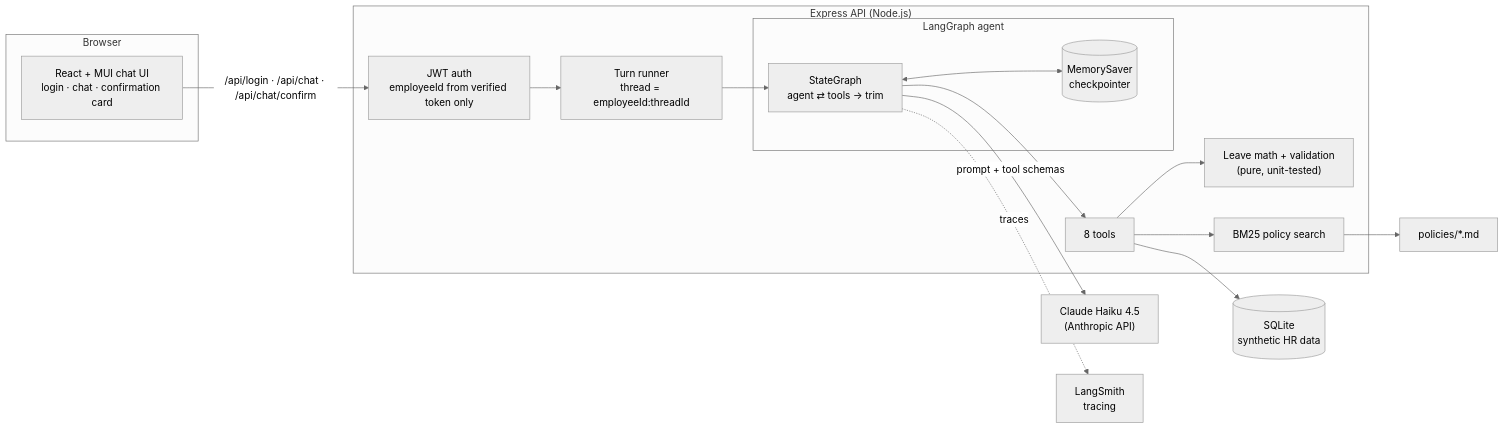
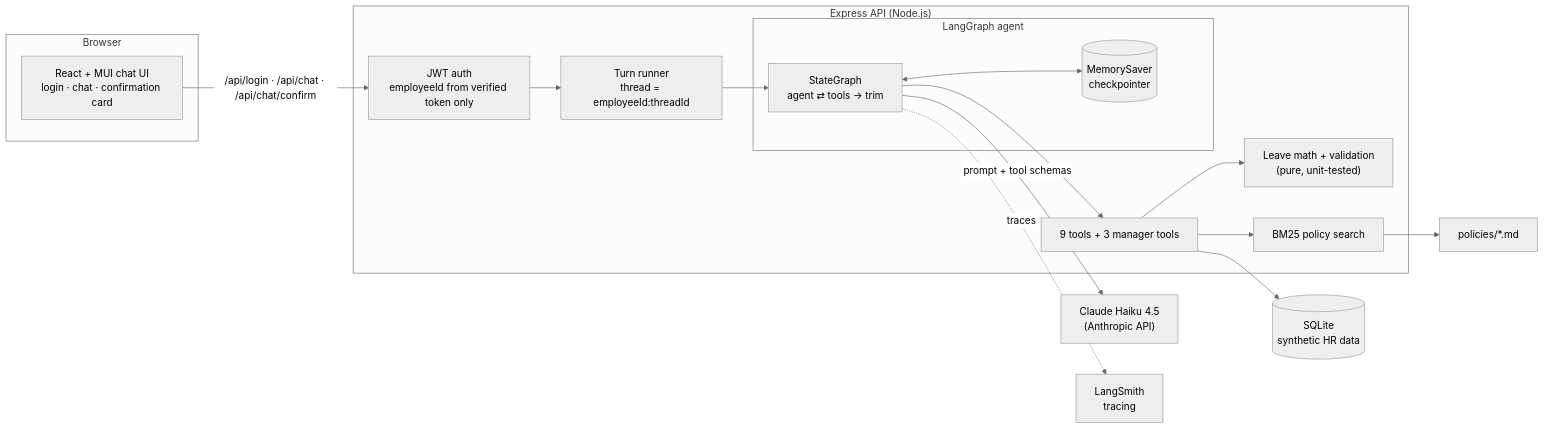
Before and after one commit to Muthukumar-ramasamy/HR-Chat-Agent: the first of 3 diagrams in README.md, drawn with Mermaid (neutral theme). The commit also changed other lines of this file and 3 other files, not shown here.

````diff
--- a/README.md
+++ b/README.md
@@ -72,34 +77,34 @@
 ```mermaid
 flowchart LR
   subgraph Browser
     UI["React + MUI chat UI<br/>login · chat · confirmation card"]
   end
 
   subgraph Server["Express API (Node.js)"]
     Auth["JWT auth<br/>employeeId from verified token only"]
     Runner["Turn runner<br/>thread = employeeId:threadId"]
     subgraph Agent["LangGraph agent"]
       Graph["StateGraph<br/>agent ⇄ tools → trim"]
       CP[("MemorySaver<br/>checkpointer")]
     end
-    Tools["8 tools"]
+    Tools["9 tools + 3 manager tools"]
     Math["Leave math + validation<br/>(pure, unit-tested)"]
     RAG["BM25 policy search"]
   end
 
   Claude["Claude Haiku 4.5<br/>(Anthropic API)"]
   DB[("SQLite<br/>synthetic HR data")]
   Docs["policies/*.md"]
   LS["LangSmith<br/>tracing"]
 
   UI -- "/api/login · /api/chat · /api/chat/confirm" --> Auth
   Auth --> Runner --> Graph
   Graph <--> CP
   Graph -- "prompt + tool schemas" --> Claude
   Graph --> Tools
   Tools --> Math
   Tools --> DB
   Tools --> RAG
   RAG --> Docs
   Graph -. traces .-> LS
 ```
````
